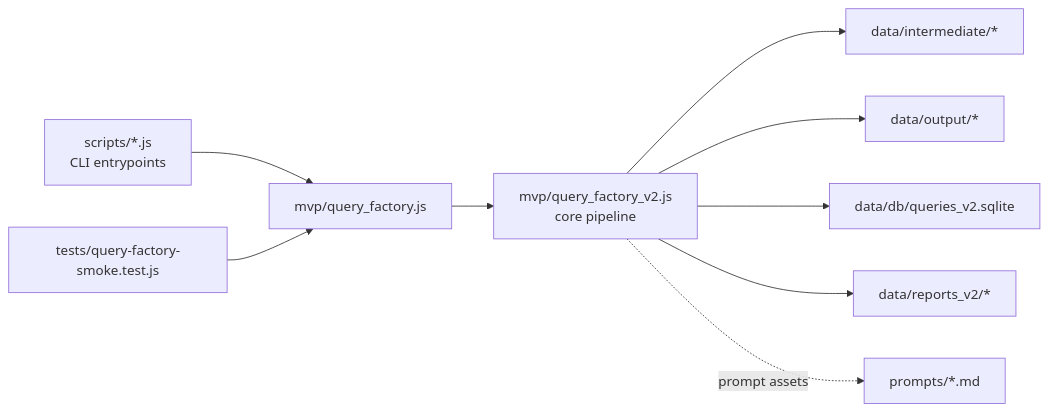
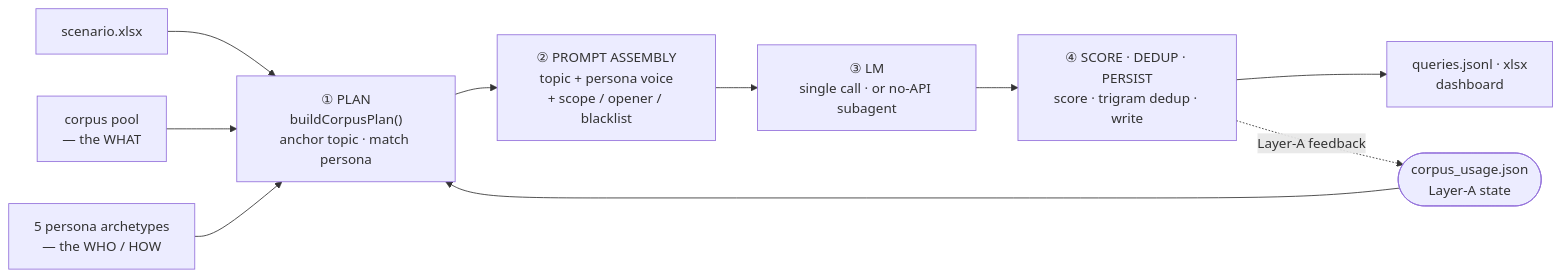
Before and after one commit to PlevanTem/queryMaker: the diagram in README.en.md, drawn with Mermaid. The commit also changed other lines of this file, not shown here.

````diff
--- a/README.en.md
+++ b/README.en.md
@@ -308,11 +146,12 @@
 ```mermaid
 flowchart LR
-    A["scripts/*.js<br/>CLI entrypoints"] --> B["mvp/query_factory.js"]
-    B --> C["mvp/query_factory_v2.js<br/>core pipeline"]
-    C --> D["data/intermediate/*"]
-    C --> E["data/output/*"]
-    C --> F["data/db/queries_v2.sqlite"]
-    C --> G["data/reports_v2/*"]
-    C -. prompt assets .-> H["prompts/*.md"]
-    T["tests/query-factory-smoke.test.js"] --> B
+    X["scenario.xlsx"] --> S1
+    C["corpus pool<br/>— the WHAT"] --> S1
+    P["5 persona archetypes<br/>— the WHO / HOW"] --> S1
+    U(["corpus_usage.json<br/>Layer-A state"]) --> S1
+    S1["① PLAN<br/>buildCorpusPlan()<br/>anchor topic · match persona"] --> S2
+    S2["② PROMPT ASSEMBLY<br/>topic + persona voice<br/>+ scope / opener / blacklist"] --> S3
+    S3["③ LM<br/>single call · or no-API subagent"] --> S4
+    S4["④ SCORE · DEDUP · PERSIST<br/>score · trigram dedup · write"] --> O["queries.jsonl · xlsx<br/>dashboard"]
+    S4 -.Layer-A feedback.-> U
 ```
````
